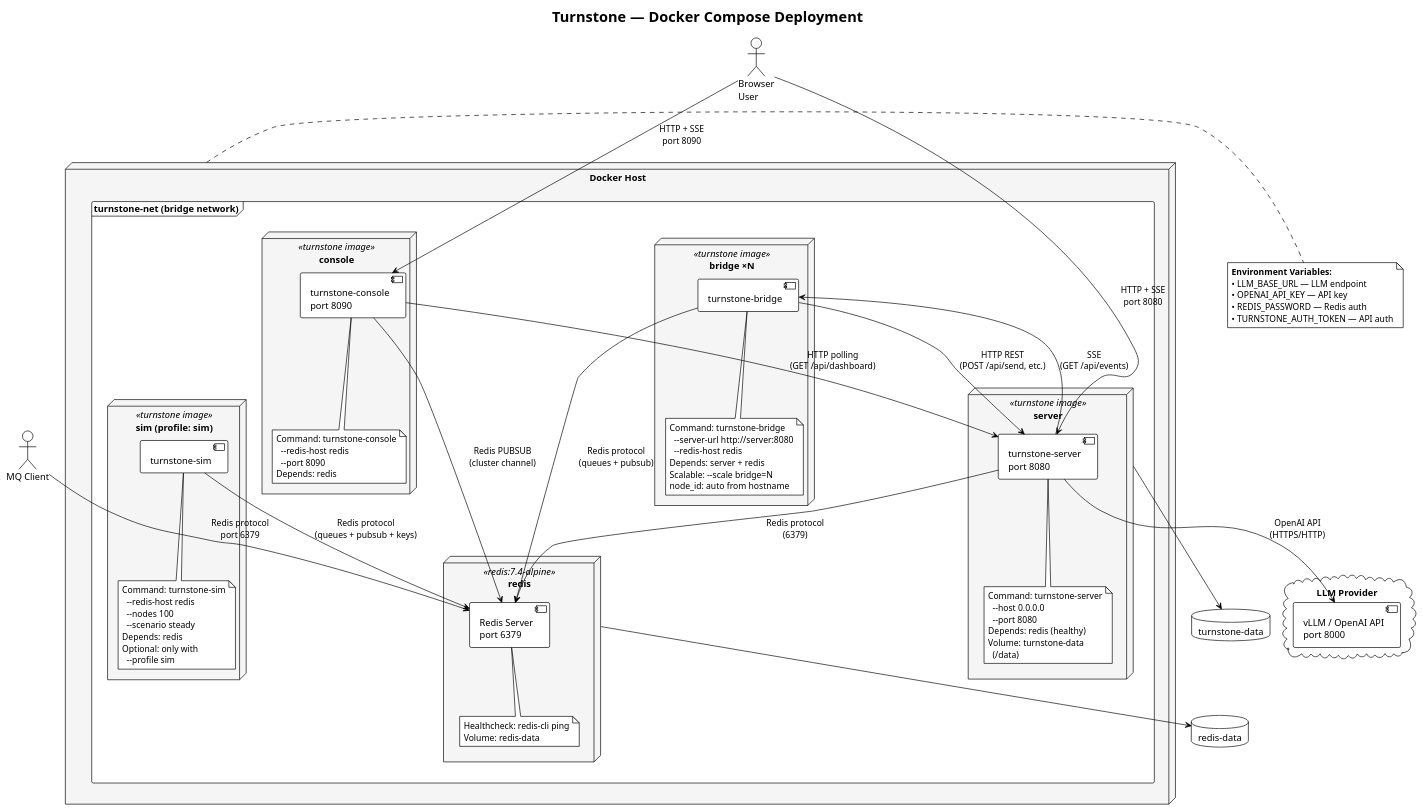
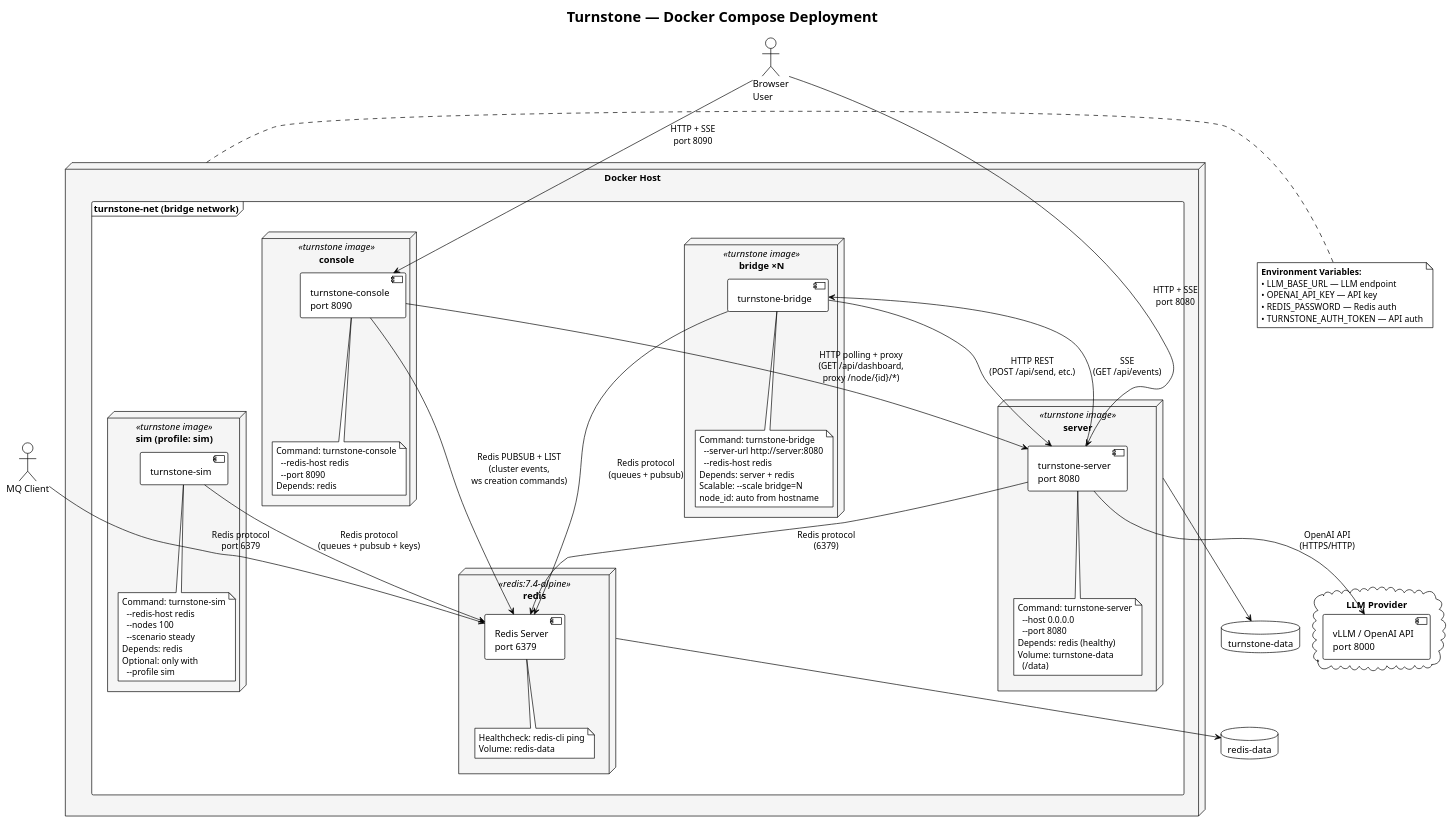
One commit to turnstonelabs/turnstone changed the diagram in docs/diagrams/12-deployment.puml. Above: the diagram before and after it, drawn with PlantUML. The commit also changed 16 other files, not shown here.

First line of the commit message:
Add console workstream creation + server reverse proxy (#14)

```diff
--- a/docs/diagrams/12-deployment.puml
+++ b/docs/diagrams/12-deployment.puml
@@ -1,111 +1,111 @@
 @startuml
 !theme plain
 title Turnstone — Docker Compose Deployment
 
 skinparam node {
     BackgroundColor #F5F5F5
 }
 
 cloud "LLM Provider" as llm {
     component [vLLM / OpenAI API\nport 8000] as llm_api
 }
 
 node "Docker Host" as host {
 
     frame "turnstone-net (bridge network)" as net {
 
         node "redis" <<redis:7.4-alpine>> as redis_node {
             component [Redis Server\nport 6379] as redis
             note bottom of redis
                 Healthcheck: redis-cli ping
                 Volume: redis-data
             end note
         }
 
         node "server" <<turnstone image>> as server_node {
             component [turnstone-server\nport 8080] as server
             note bottom of server
                 Command: turnstone-server
                   --host 0.0.0.0
                   --port 8080
                 Depends: redis (healthy)
                 Volume: turnstone-data
                   (/data)
             end note
         }
 
         node "bridge ×N" <<turnstone image>> as bridge_node {
             component [turnstone-bridge] as bridge
             note bottom of bridge
                 Command: turnstone-bridge
                   --server-url http://server:8080
                   --redis-host redis
                 Depends: server + redis
                 Scalable: --scale bridge=N
                 node_id: auto from hostname
             end note
         }
 
         node "console" <<turnstone image>> as console_node {
             component [turnstone-console\nport 8090] as console
             note bottom of console
                 Command: turnstone-console
                   --redis-host redis
                   --port 8090
                 Depends: redis
             end note
         }
 
         node "sim (profile: sim)" <<turnstone image>> as sim_node {
             component [turnstone-sim] as sim
             note bottom of sim
                 Command: turnstone-sim
                   --redis-host redis
                   --nodes 100
                   --scenario steady
                 Depends: redis
                 Optional: only with
                   --profile sim
             end note
         }
     }
 }
 
 actor "Browser\nUser" as browser
 actor "MQ Client" as mqclient
 
 ' External connections
 browser --> server : HTTP + SSE\nport 8080
 browser --> console : HTTP + SSE\nport 8090
 mqclient --> redis : Redis protocol\nport 6379
 
 ' Internal connections
 server --> redis : Redis protocol\n(6379)
 server --> llm_api : OpenAI API\n(HTTPS/HTTP)
 
 bridge --> server : HTTP REST\n(POST /api/send, etc.)
 bridge <-- server : SSE\n(GET /api/events)
 bridge --> redis : Redis protocol\n(queues + pubsub)
 
-console --> redis : Redis PUBSUB\n(cluster channel)
-console --> server : HTTP polling\n(GET /api/dashboard)
+console --> redis : Redis PUBSUB + LIST\n(cluster events,\nws creation commands)
+console --> server : HTTP polling + proxy\n(GET /api/dashboard,\nproxy /node/{id}/*)
 
 sim --> redis : Redis protocol\n(queues + pubsub + keys)
 
 ' Environment variables
 note right of host
     **Environment Variables:**
     • LLM_BASE_URL — LLM endpoint
     • OPENAI_API_KEY — API key
     • REDIS_PASSWORD — Redis auth
     • TURNSTONE_AUTH_TOKEN — API auth
 end note
 
 ' Volumes
 database "redis-data" as rv
 database "turnstone-data" as tv
 
 redis_node --> rv
 server_node --> tv
 
 @enduml
```
